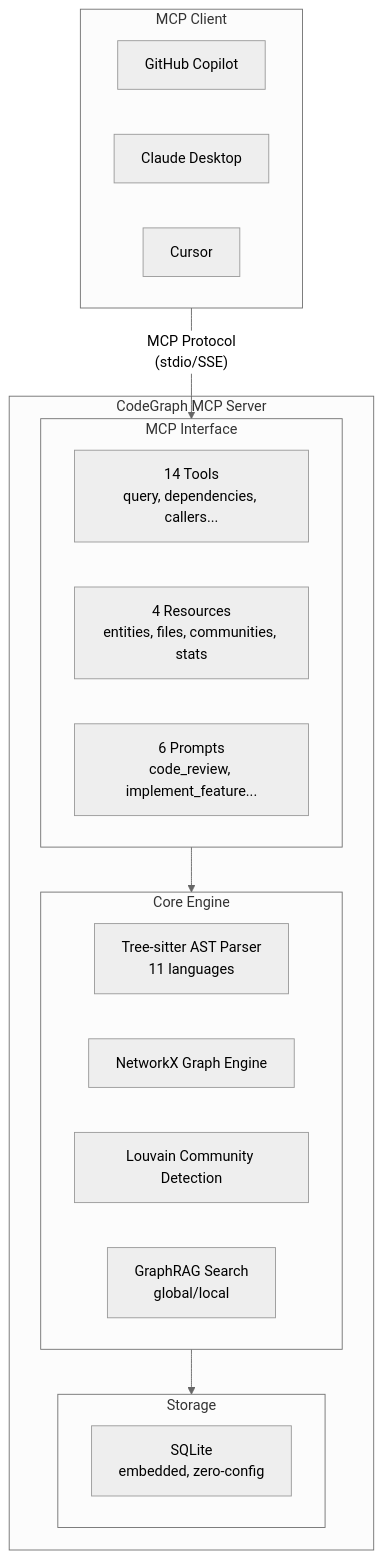
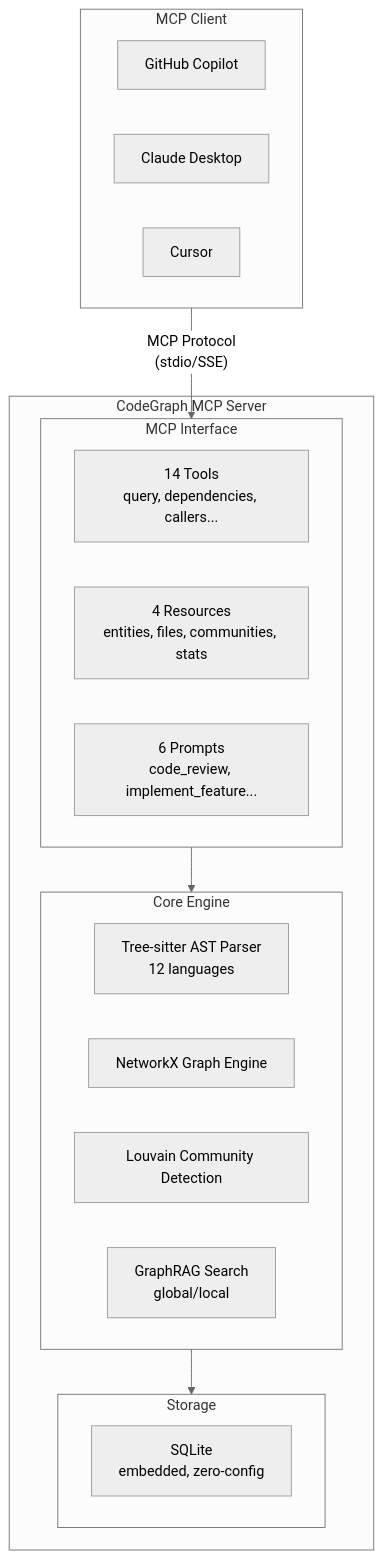
Before and after one commit to nahisaho/CodeGraphMCPServer: the first of 2 diagrams in docs/Qiita/codegraph-mcp-introduction.md, drawn with Mermaid (neutral theme). The commit also changed other lines of this file and 6 other files, not shown here.

````diff
--- a/docs/Qiita/codegraph-mcp-introduction.md
+++ b/docs/Qiita/codegraph-mcp-introduction.md
@@ -131,31 +137,31 @@
 ```mermaid
 flowchart TB
     subgraph Client["MCP Client"]
         Copilot["GitHub Copilot"]
         Claude["Claude Desktop"]
         Cursor["Cursor"]
     end
 
     subgraph Server["CodeGraph MCP Server"]
         subgraph MCP["MCP Interface"]
             Tools["14 Tools<br/>query, dependencies, callers..."]
             Resources["4 Resources<br/>entities, files, communities, stats"]
             Prompts["6 Prompts<br/>code_review, implement_feature..."]
         end
 
         subgraph Core["Core Engine"]
-            Parser["Tree-sitter AST Parser<br/>11 languages"]
+            Parser["Tree-sitter AST Parser<br/>12 languages"]
             Graph["NetworkX Graph Engine"]
             Community["Louvain Community Detection"]
             GraphRAG["GraphRAG Search<br/>global/local"]
         end
 
         subgraph Storage["Storage"]
             SQLite["SQLite<br/>embedded, zero-config"]
         end
     end
 
     Client -->|"MCP Protocol<br/>(stdio/SSE)"| MCP
     MCP --> Core
     Core --> Storage
 ```
````
